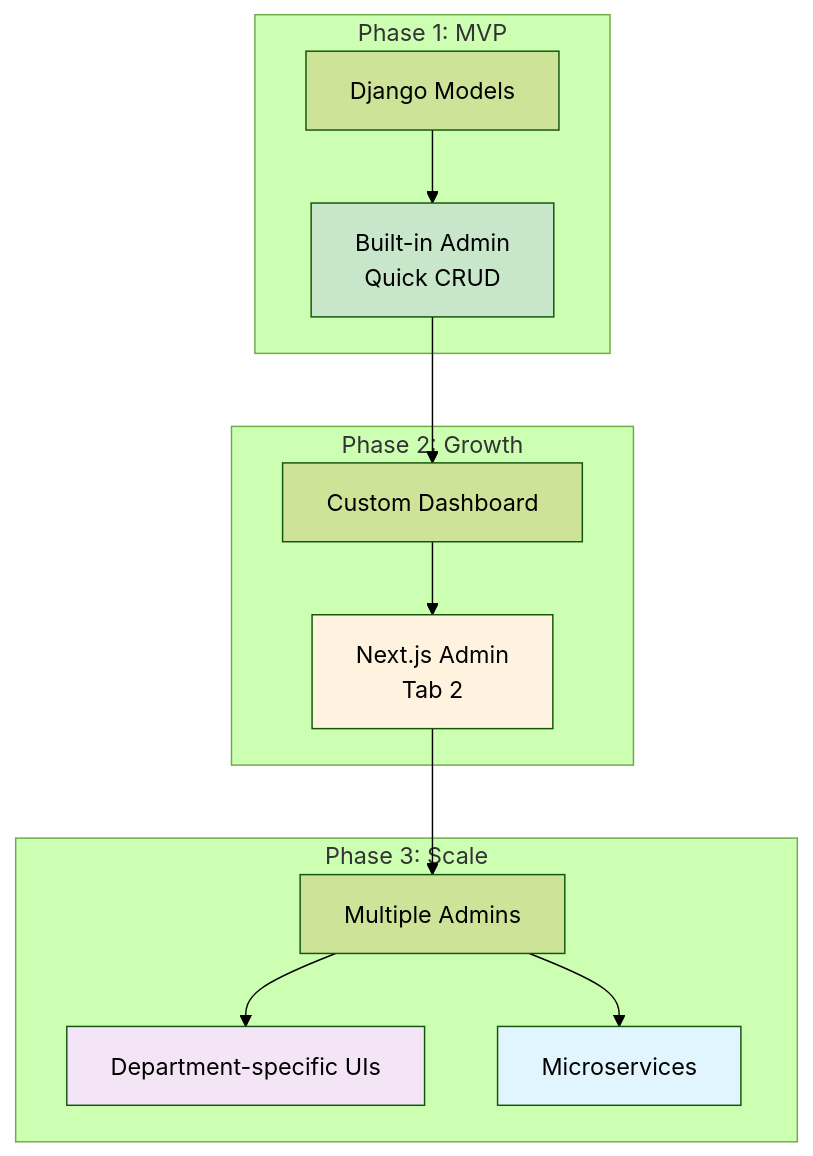
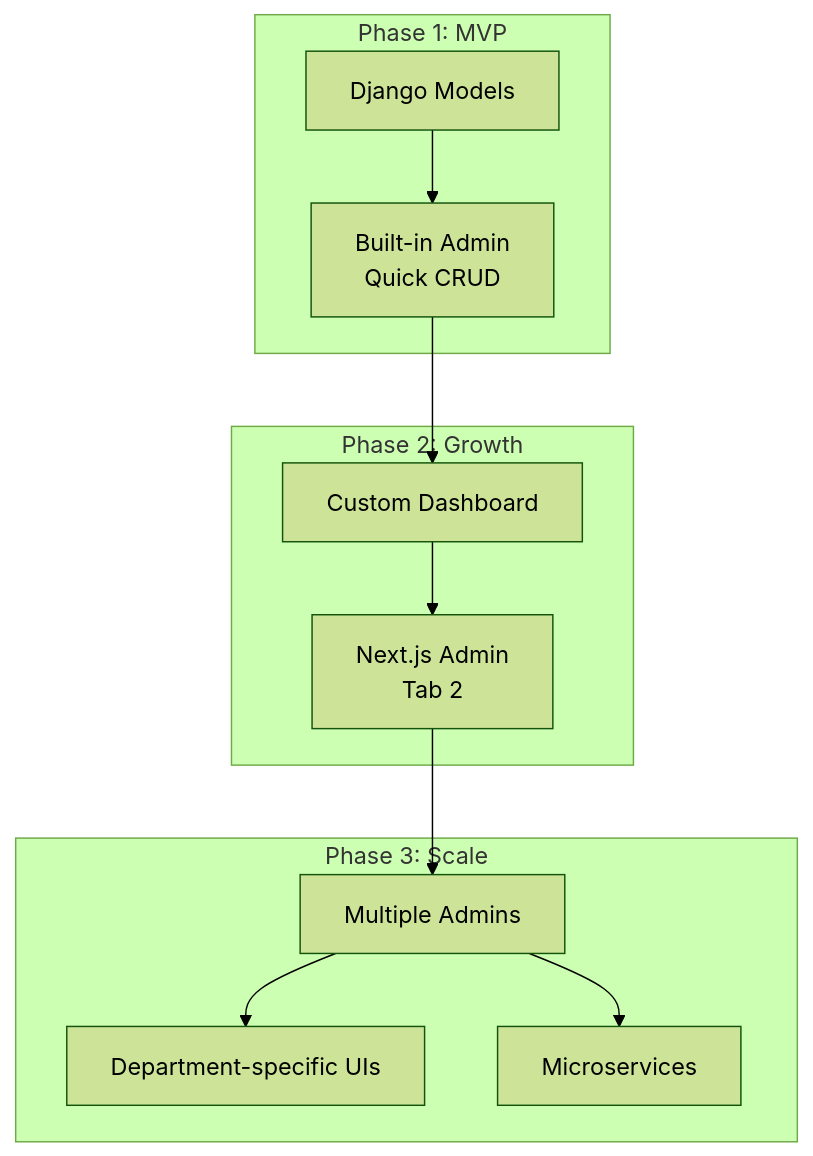
One commit to markolofsen/django-cfg changed the ninth of 10 diagrams in docs/features/integrations/nextjs-admin/concepts.md. Above: the diagram before and after it, drawn with Mermaid (forest theme). The commit also changed other lines of this file and 12 other files, not shown here.

````diff
--- a/docs/features/integrations/nextjs-admin/concepts.md
+++ b/docs/features/integrations/nextjs-admin/concepts.md
@@ -442,30 +402,25 @@
 ```mermaid
 graph TB
     subgraph "Phase 1: MVP"
         A[Django Models]
         B[Built-in Admin<br/>Quick CRUD]
     end
 
     subgraph "Phase 2: Growth"
         C[Custom Dashboard]
         D[Next.js Admin<br/>Tab 2]
     end
 
     subgraph "Phase 3: Scale"
         E[Multiple Admins]
         F[Department-specific UIs]
         G[Microservices]
     end
 
     A --> B
     B --> C
     C --> D
     D --> E
     E --> F
     E --> G
-
-    style B fill:#c8e6c9
-    style D fill:#fff3e0
-    style F fill:#f3e5f5
-    style G fill:#e1f5fe
 ```
````
